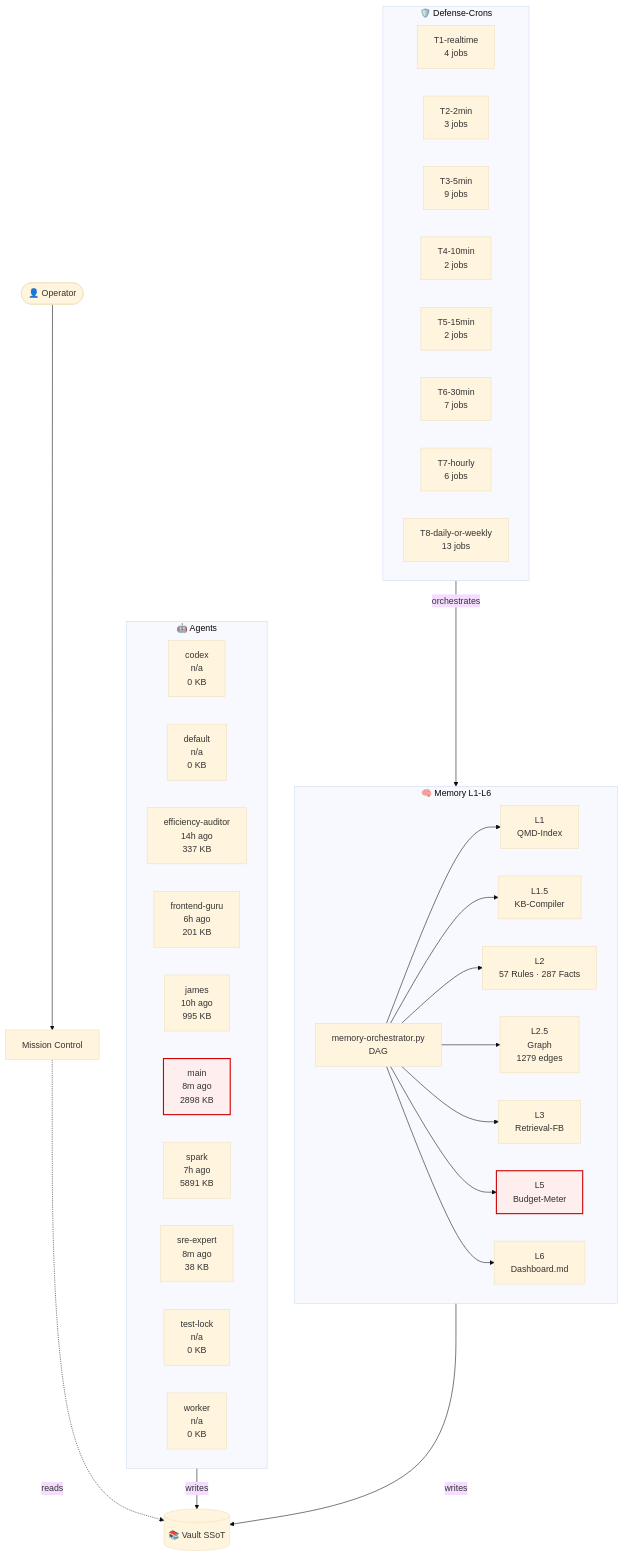
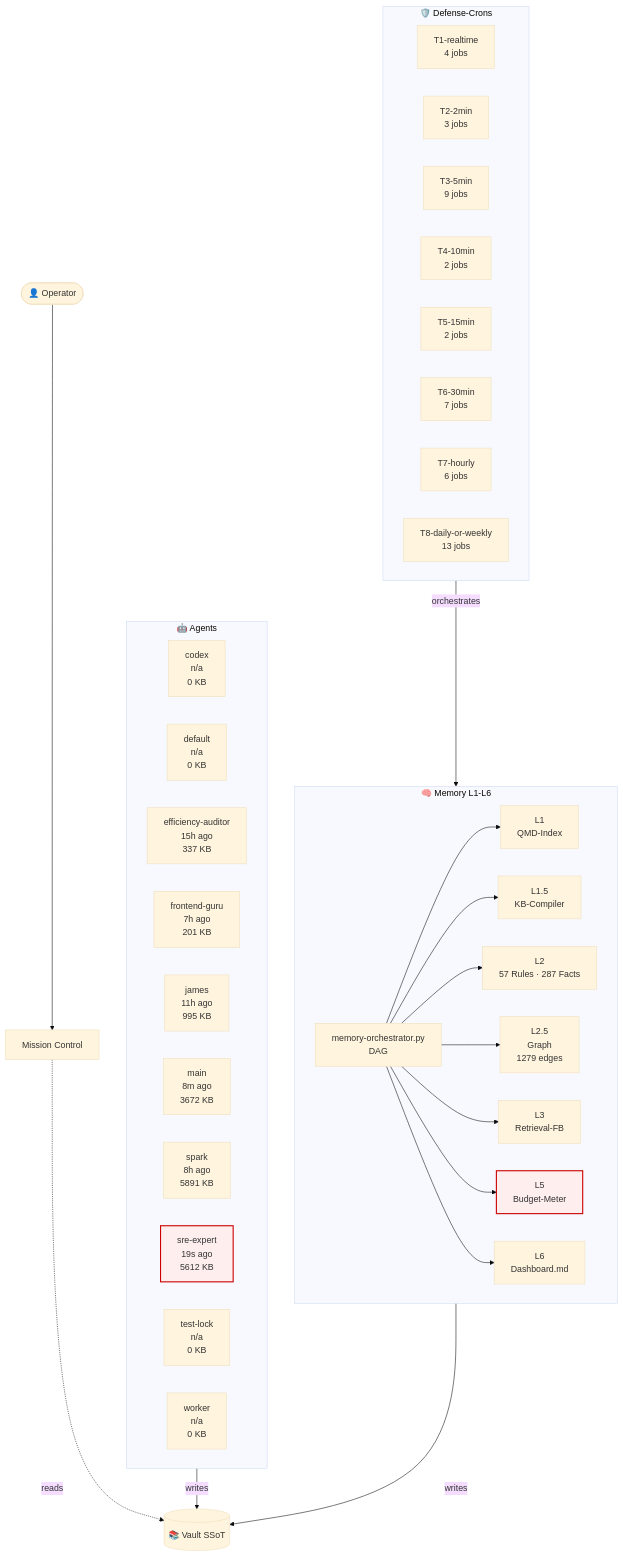
The diagram in 03-Agents/architecture-live.md (lenardhuebner88-rgb/openclaw-memory), drawn with Mermaid (base theme) before and after one commit. The commit also changed other lines of this file and 4 other files, not shown here.

````diff
--- a/03-Agents/architecture-live.md
+++ b/03-Agents/architecture-live.md
@@ -18,53 +18,53 @@
 ```mermaid
 flowchart TB
     classDef critical fill:#fee,stroke:#c00,stroke-width:2px;
     subgraph AGT["🤖 Agents"]
         agent_codex["codex<br/>n/a<br/>0 KB"]
         agent_default["default<br/>n/a<br/>0 KB"]
-        agent_efficiency_auditor["efficiency-auditor<br/>14h ago<br/>337 KB"]
-        agent_frontend_guru["frontend-guru<br/>6h ago<br/>201 KB"]
-        agent_james["james<br/>10h ago<br/>995 KB"]
-        agent_main["main<br/>8m ago<br/>2898 KB"]
-        agent_spark["spark<br/>7h ago<br/>5891 KB"]
-        agent_sre_expert["sre-expert<br/>8m ago<br/>38 KB"]
+        agent_efficiency_auditor["efficiency-auditor<br/>15h ago<br/>337 KB"]
+        agent_frontend_guru["frontend-guru<br/>7h ago<br/>201 KB"]
+        agent_james["james<br/>11h ago<br/>995 KB"]
+        agent_main["main<br/>8m ago<br/>3672 KB"]
+        agent_spark["spark<br/>8h ago<br/>5891 KB"]
+        agent_sre_expert["sre-expert<br/>19s ago<br/>5612 KB"]
         agent_test_lock["test-lock<br/>n/a<br/>0 KB"]
         agent_worker["worker<br/>n/a<br/>0 KB"]
     end
     subgraph MEM["🧠 Memory L1-L6"]
         L1["L1<br/>QMD-Index"]
         L15["L1.5<br/>KB-Compiler"]
         L2["L2<br/>57 Rules · 287 Facts"]
         L25["L2.5<br/>Graph<br/>1279 edges"]
         L3["L3<br/>Retrieval-FB"]
         L5["L5<br/>Budget-Meter"]
         L6["L6<br/>Dashboard.md"]
         ORCH["memory-orchestrator.py<br/>DAG"]
     end
     subgraph CRN["🛡️ Defense-Crons"]
         tier_T1_realtime["T1-realtime<br/>4 jobs"]
         tier_T2_2min["T2-2min<br/>3 jobs"]
         tier_T3_5min["T3-5min<br/>9 jobs"]
         tier_T4_10min["T4-10min<br/>2 jobs"]
         tier_T5_15min["T5-15min<br/>2 jobs"]
         tier_T6_30min["T6-30min<br/>7 jobs"]
         tier_T7_hourly["T7-hourly<br/>6 jobs"]
         tier_T8_daily_or_weekly["T8-daily-or-weekly<br/>13 jobs"]
     end
     VAULT[("📚 Vault SSoT")]
     OP([👤 Operator])
     MC["Mission Control"]
     OP --> MC
     MC -.reads.-> VAULT
     AGT -->|writes| VAULT
     MEM -->|writes| VAULT
     ORCH --> L1
     ORCH --> L15
     ORCH --> L2
     ORCH --> L25
     ORCH --> L3
     ORCH --> L5
     ORCH --> L6
     CRN -->|orchestrates| MEM
     class L5 critical
-    class agent_main critical
+    class agent_sre_expert critical
 ```
````
